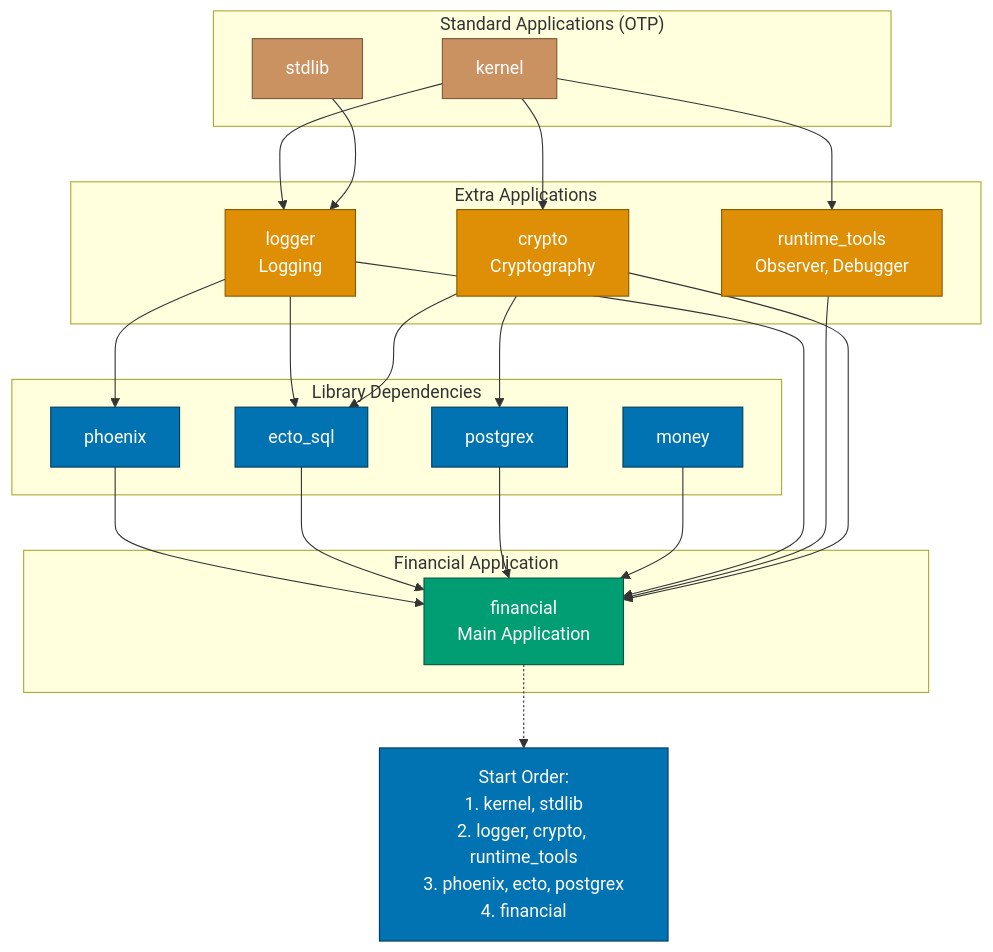
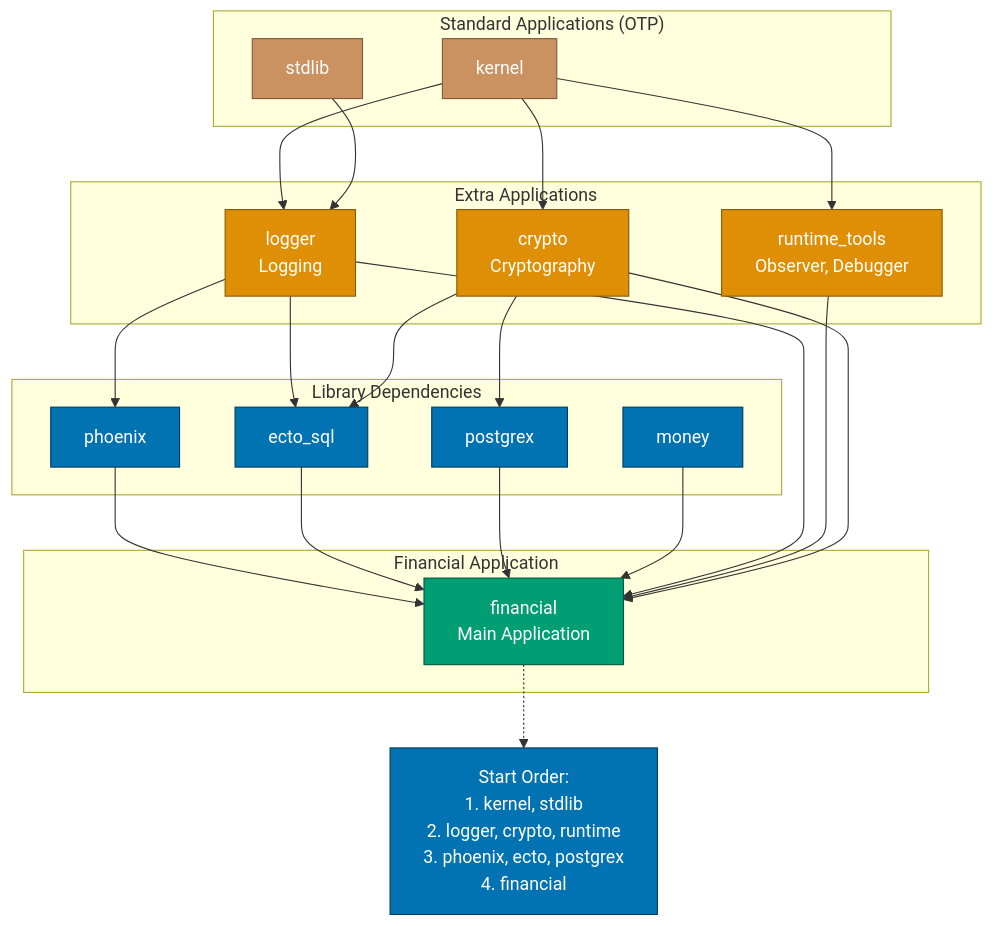
The fourth of 7 diagrams in docs/explanation/software-engineering/programming-languages/elixir/otp-application.md (wahidyankf/open-sharia-enterprise), drawn with Mermaid before and after one commit. The commit also changed other lines of this file and 16 other files, not shown here.

First line of the commit message:
fix(docs): fix mermaid violations in elixir docs

````diff
--- a/docs/explanation/software-engineering/programming-languages/elixir/otp-application.md
+++ b/docs/explanation/software-engineering/programming-languages/elixir/otp-application.md
@@ -384,58 +383,58 @@
 ```mermaid
 graph TD
     subgraph Standard["Standard Applications (OTP)"]
         Kernel[kernel]
         Stdlib[stdlib]
     end
 
     subgraph Extra["Extra Applications"]
         Logger[logger<br/>Logging]
         Runtime[runtime_tools<br/>Observer, Debugger]
         Crypto[crypto<br/>Cryptography]
     end
 
     subgraph Dependencies["Library Dependencies"]
         Phoenix[phoenix]
         Ecto[ecto_sql]
         Postgrex[postgrex]
         Money[money]
     end
 
     subgraph Application["Financial Application"]
         Financial[financial<br/>Main Application]
     end
 
     Kernel --> Logger
     Stdlib --> Logger
     Kernel --> Runtime
     Kernel --> Crypto
 
     Logger --> Phoenix
     Logger --> Ecto
     Crypto --> Ecto
     Crypto --> Postgrex
 
     Phoenix --> Financial
     Ecto --> Financial
     Postgrex --> Financial
     Money --> Financial
     Logger --> Financial
     Runtime --> Financial
     Crypto --> Financial
 
-    Note1[Start Order:<br/>1. kernel, stdlib<br/>2. logger, crypto, runtime_tools<br/>3. phoenix, ecto, postgrex<br/>4. financial]
+    Note1[Start Order:<br/>1. kernel, stdlib<br/>2. logger, crypto, runtime<br/>3. phoenix, ecto, postgrex<br/>4. financial]
 
     Financial -.-> Note1
 
     style Kernel fill:#CA9161,stroke:#7D5A3D,color:#FFF
     style Stdlib fill:#CA9161,stroke:#7D5A3D,color:#FFF
     style Logger fill:#DE8F05,stroke:#8A5903,color:#FFF
     style Runtime fill:#DE8F05,stroke:#8A5903,color:#FFF
     style Crypto fill:#DE8F05,stroke:#8A5903,color:#FFF
     style Phoenix fill:#0173B2,stroke:#023B5A,color:#FFF
     style Ecto fill:#0173B2,stroke:#023B5A,color:#FFF
     style Postgrex fill:#0173B2,stroke:#023B5A,color:#FFF
     style Money fill:#0173B2,stroke:#023B5A,color:#FFF
     style Financial fill:#029E73,stroke:#01593F,color:#FFF
     style Note1 fill:#0173B2,stroke:#023B5A,color:#FFF
 ```
````
